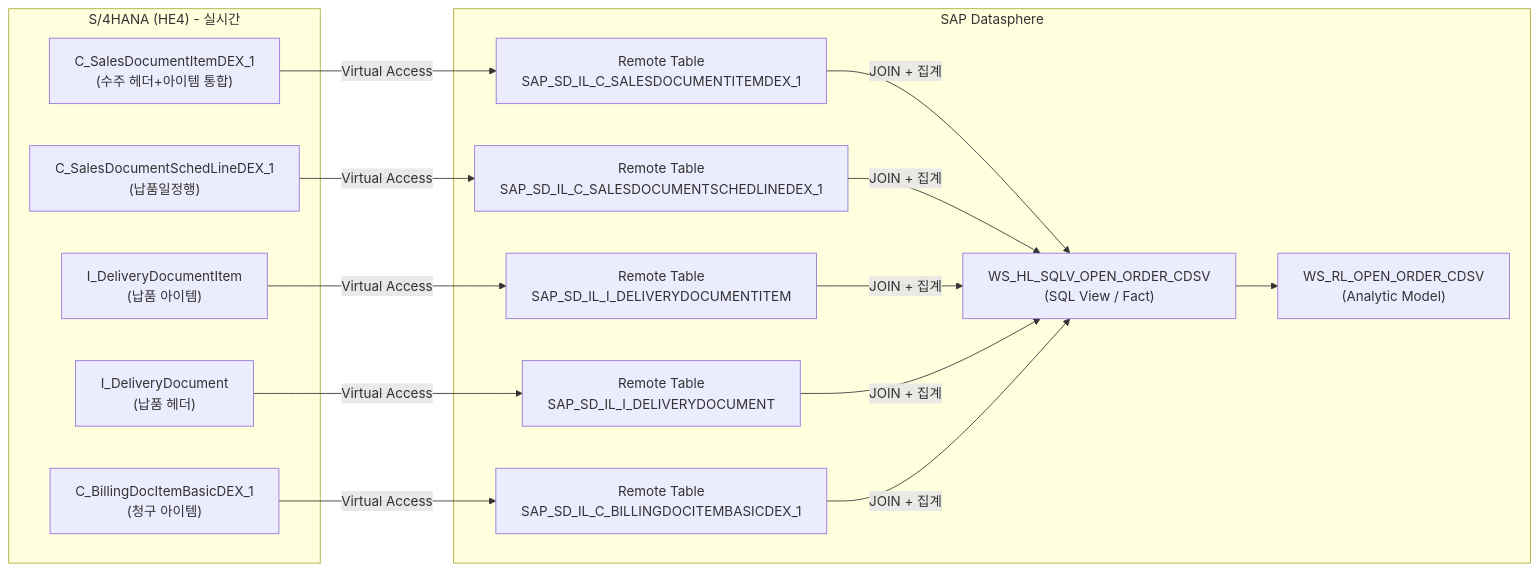
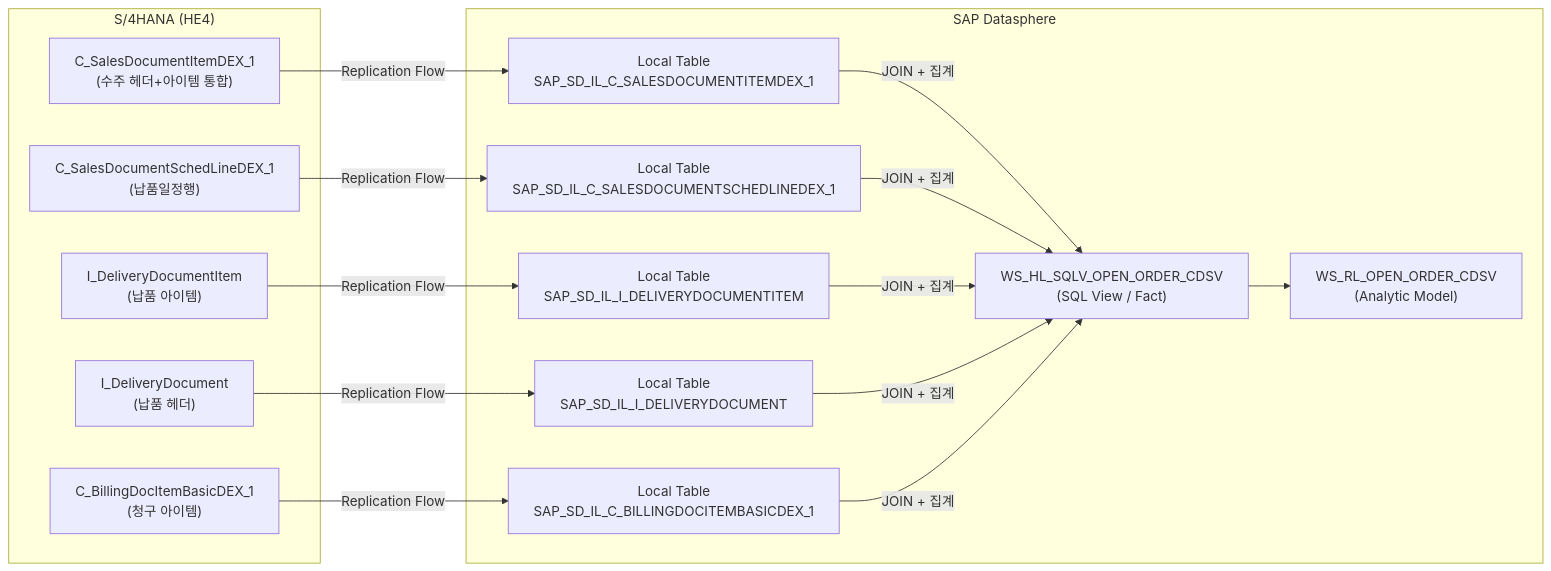
One commit to youngseols925/sap-datasphere-bdc-workshop changed the fourth of 4 diagrams in labs/lab4b-cdsv-fact-view-am.md. Above: the diagram before and after it, drawn with Mermaid. The commit also changed other lines of this file and 1 other file, not shown here.

First line of the commit message:
fix: CDS View 방식도 Replication Flow + Local Table로 전면 수정

````diff
--- a/labs/lab4b-cdsv-fact-view-am.md
+++ b/labs/lab4b-cdsv-fact-view-am.md
@@ -371,29 +399,29 @@
 ```mermaid
 flowchart LR
-    subgraph S4H["S/4HANA (HE4) - 실시간"]
+    subgraph S4H["S/4HANA (HE4)"]
         CDS1["C_SalesDocumentItemDEX_1\n(수주 헤더+아이템 통합)"]
         CDS2["C_SalesDocumentSchedLineDEX_1\n(납품일정행)"]
         CDS3["I_DeliveryDocumentItem\n(납품 아이템)"]
         CDS4["I_DeliveryDocument\n(납품 헤더)"]
         CDS5["C_BillingDocItemBasicDEX_1\n(청구 아이템)"]
     end
 
     subgraph DSP["SAP Datasphere"]
-        RT1["Remote Table\nSAP_SD_IL_C_SALESDOCUMENTITEMDEX_1"]
-        RT2["Remote Table\nSAP_SD_IL_C_SALESDOCUMENTSCHEDLINEDEX_1"]
-        RT3["Remote Table\nSAP_SD_IL_I_DELIVERYDOCUMENTITEM"]
-        RT4["Remote Table\nSAP_SD_IL_I_DELIVERYDOCUMENT"]
-        RT5["Remote Table\nSAP_SD_IL_C_BILLINGDOCITEMBASICDEX_1"]
+        LT1["Local Table\nSAP_SD_IL_C_SALESDOCUMENTITEMDEX_1"]
+        LT2["Local Table\nSAP_SD_IL_C_SALESDOCUMENTSCHEDLINEDEX_1"]
+        LT3["Local Table\nSAP_SD_IL_I_DELIVERYDOCUMENTITEM"]
+        LT4["Local Table\nSAP_SD_IL_I_DELIVERYDOCUMENT"]
+        LT5["Local Table\nSAP_SD_IL_C_BILLINGDOCITEMBASICDEX_1"]
         FV["WS_HL_SQLV_OPEN_ORDER_CDSV\n(SQL View / Fact)"]
         AM["WS_RL_OPEN_ORDER_CDSV\n(Analytic Model)"]
     end
 
-    CDS1 -->|"Virtual Access"| RT1
-    CDS2 -->|"Virtual Access"| RT2
-    CDS3 -->|"Virtual Access"| RT3
-    CDS4 -->|"Virtual Access"| RT4
-    CDS5 -->|"Virtual Access"| RT5
+    CDS1 -->|"Replication Flow"| LT1
+    CDS2 -->|"Replication Flow"| LT2
+    CDS3 -->|"Replication Flow"| LT3
+    CDS4 -->|"Replication Flow"| LT4
+    CDS5 -->|"Replication Flow"| LT5
 
-    RT1 & RT2 & RT3 & RT4 & RT5 -->|"JOIN + 집계"| FV
+    LT1 & LT2 & LT3 & LT4 & LT5 -->|"JOIN + 집계"| FV
     FV --> AM
 ```
````
